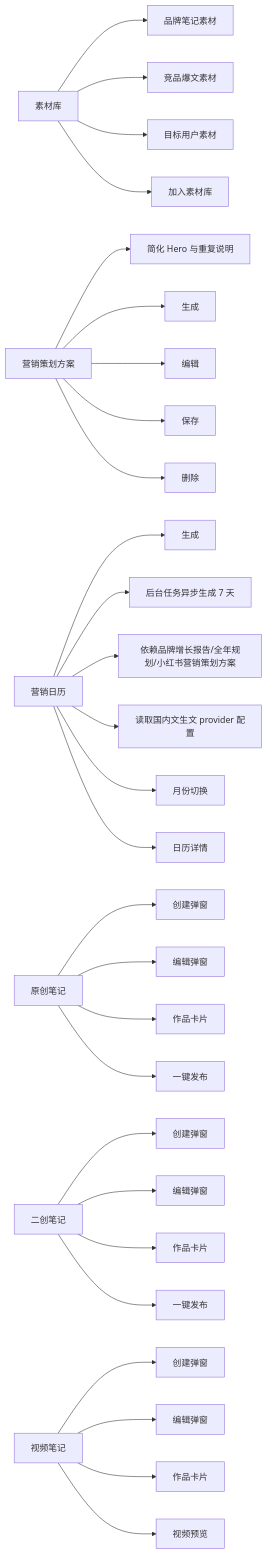
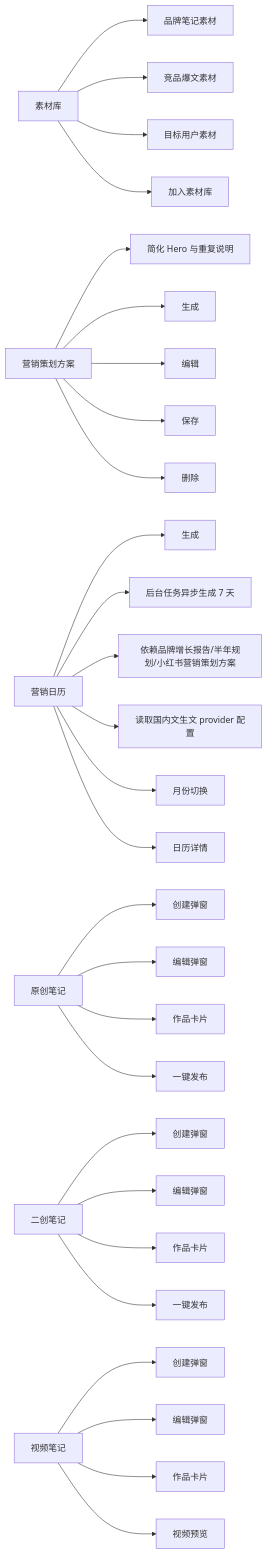
Before and after one commit to Depthukesh/ai-omni-ops-system: the seventh of 12 diagrams in docs/site-map-mermaid.md, drawn with Mermaid. The commit also changed other lines of this file and 23 other files, not shown here.

````diff
--- a/docs/site-map-mermaid.md
+++ b/docs/site-map-mermaid.md
@@ -328,41 +329,41 @@
 ```mermaid
 flowchart LR
     A["素材库"]
     A --> A1["品牌笔记素材"]
     A --> A2["竞品爆文素材"]
     A --> A3["目标用户素材"]
     A --> A4["加入素材库"]
 
     B["营销策划方案"]
     B --> B0["简化 Hero 与重复说明"]
     B --> B1["生成"]
     B --> B2["编辑"]
     B --> B3["保存"]
     B --> B4["删除"]
 
     C["营销日历"]
     C --> C1["生成"]
     C --> C11["后台任务异步生成 7 天"]
-    C --> C12["依赖品牌增长报告/全年规划/小红书营销策划方案"]
+    C --> C12["依赖品牌增长报告/半年规划/小红书营销策划方案"]
     C --> C13["读取国内文生文 provider 配置"]
     C --> C2["月份切换"]
     C --> C3["日历详情"]
 
     D["原创笔记"]
     D --> D1["创建弹窗"]
     D --> D2["编辑弹窗"]
     D --> D3["作品卡片"]
     D --> D4["一键发布"]
 
     E["二创笔记"]
     E --> E1["创建弹窗"]
     E --> E2["编辑弹窗"]
     E --> E3["作品卡片"]
     E --> E4["一键发布"]
 
     F["视频笔记"]
     F --> F1["创建弹窗"]
     F --> F2["编辑弹窗"]
     F --> F3["作品卡片"]
     F --> F4["视频预览"]
 ```
````
